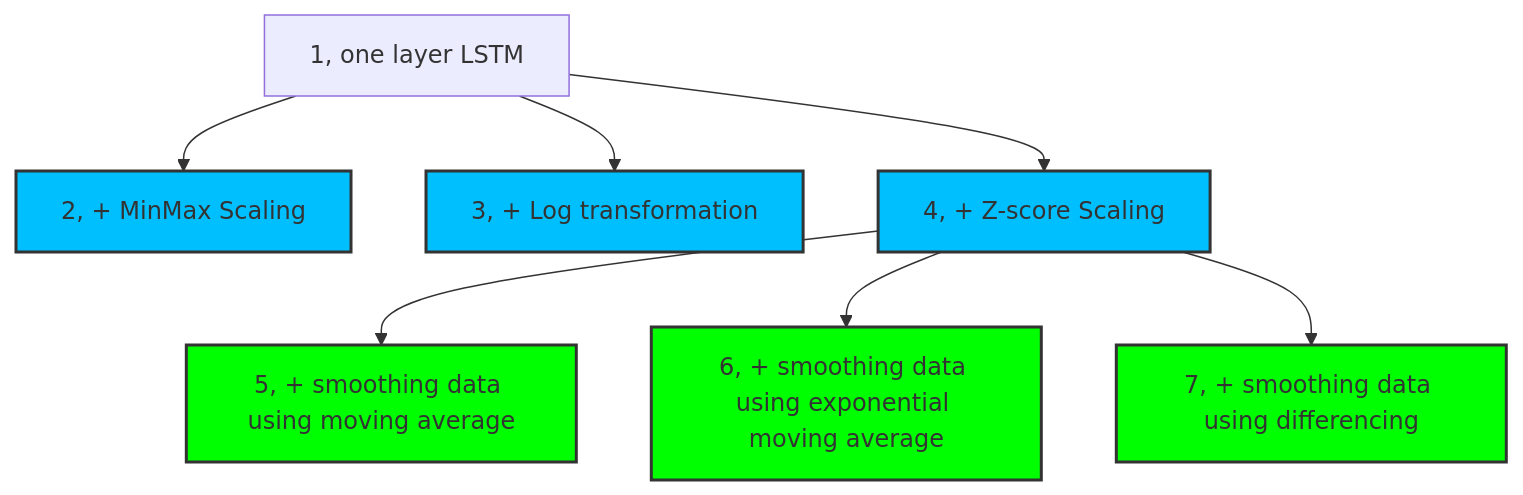
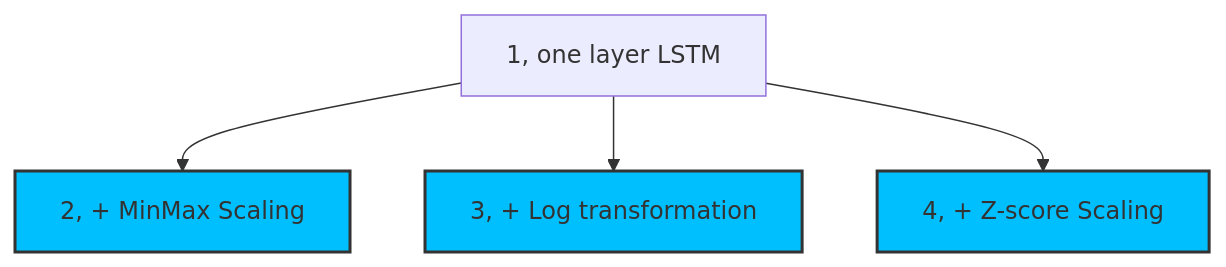
One commit to zihaozeng0021/currency-exchange-rate-forecasting changed the diagram in src/models/LSTM/LSTM_regressor/experiment_hierarchy.md. Above: the diagram before and after it, drawn with Mermaid. The commit also changed 12 other files, not shown here.

Commit message:
Experiment on data smoothing

````diff
--- a/src/models/LSTM/LSTM_regressor/experiment_hierarchy.md
+++ b/src/models/LSTM/LSTM_regressor/experiment_hierarchy.md
@@ -1,18 +1,12 @@
 ```mermaid
 graph TD
     1[1, one layer LSTM] --> 2[2, + MinMax Scaling]
     1 --> 3[3, + Log transformation]
     1 --> 4[4, + Z-score Scaling]
-    4 --> 5[5, + smoothing data using moving average]
-    4 --> 6[6, + smoothing data using exponential moving average]
-    4 --> 7[7, + smoothing data using differencing]
     
     
     
     classDef brightBlue fill:#00BFFF,stroke:#333,stroke-width:2px;
     class 2,3,4 brightBlue;
     
-    classDef brightGreen fill:#00FF00,stroke:#333,stroke-width:2px;
-    class 5,6,7 brightGreen;
-    
 ```
````
